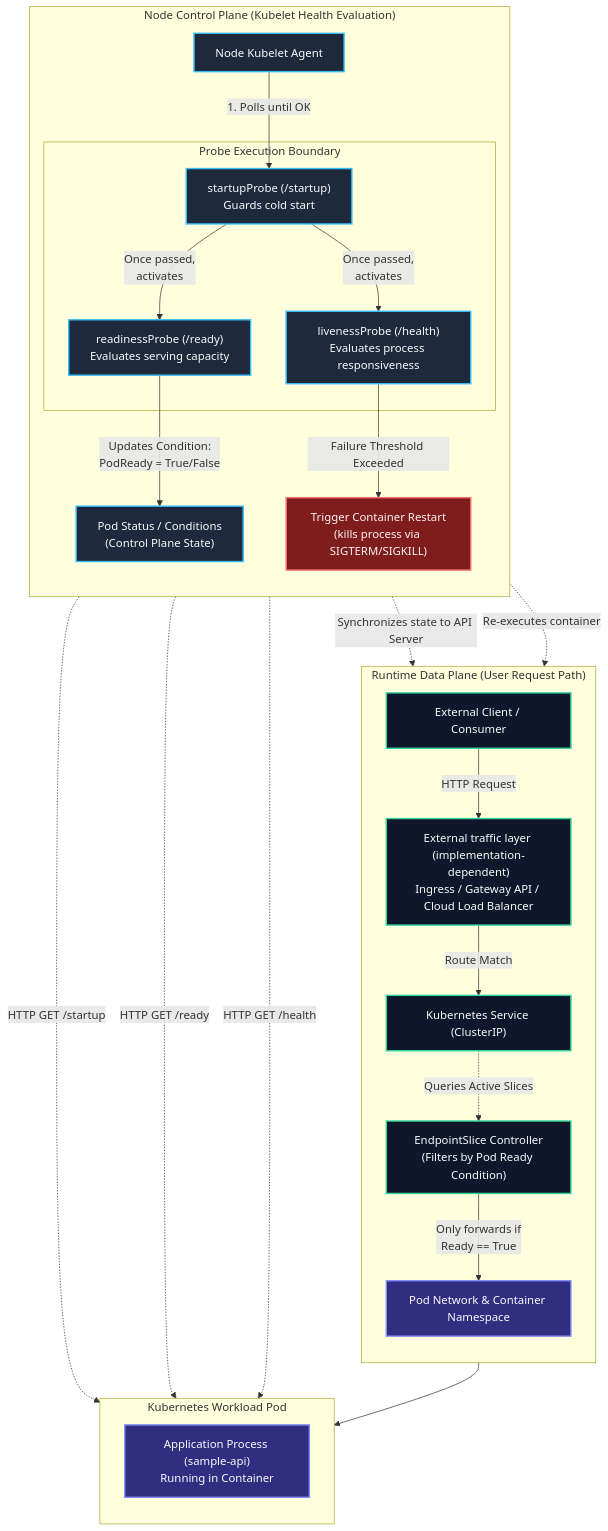
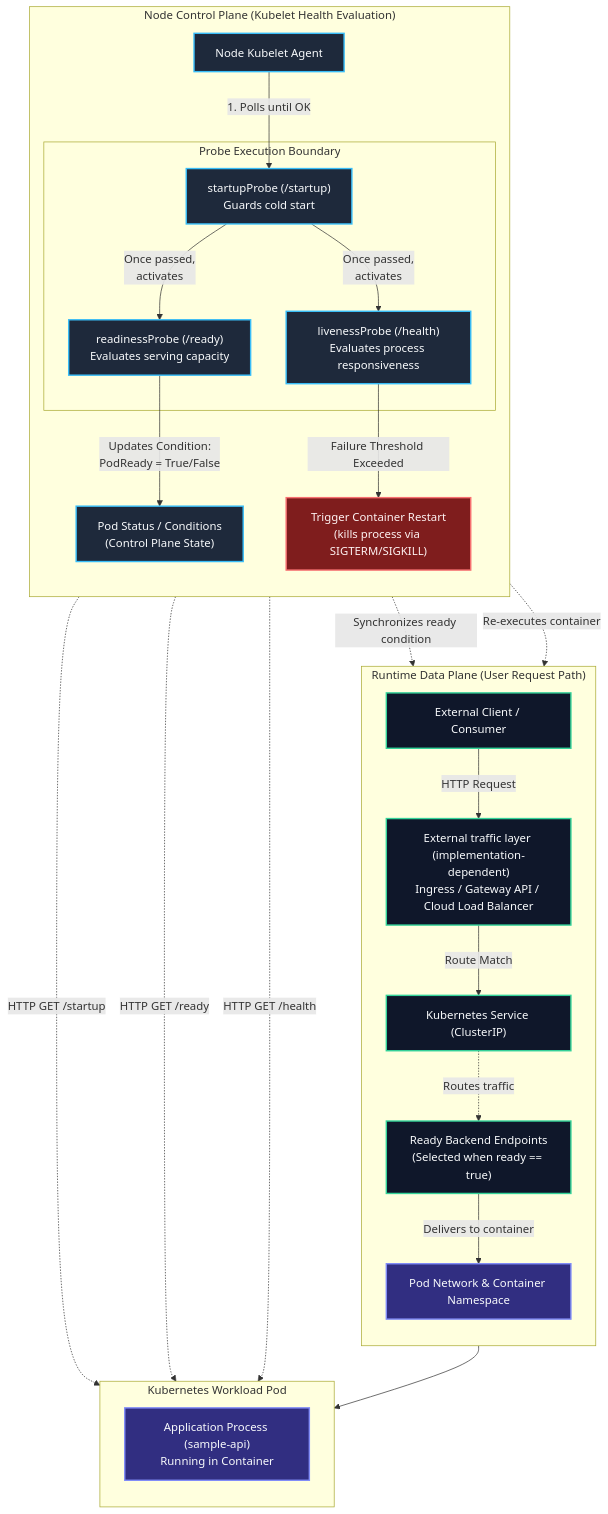
The diagram in architecture/diagrams/workload-health-flow.md (Vaibhav1Jadhav/production-eks-platform), drawn with Mermaid before and after one commit. The commit also changed other lines of this file and 7 other files, not shown here.

````diff
--- a/architecture/diagrams/workload-health-flow.md
+++ b/architecture/diagrams/workload-health-flow.md
@@ -12,59 +15,59 @@
 ```mermaid
 flowchart TD
     subgraph DATA_PLANE["Runtime Data Plane (User Request Path)"]
         direction TB
         Client["External Client / Consumer"]
         Ingress["External traffic layer (implementation-dependent)\nIngress / Gateway API / Cloud Load Balancer"]
         K8sService["Kubernetes Service (ClusterIP)"]
-        EndpointSlice["EndpointSlice Controller\n(Filters by Pod Ready Condition)"]
+        ReadyBackend["Ready Backend Endpoints\n(Selected when ready == true)"]
         
         Client -->|"HTTP Request"| Ingress
         Ingress -->|"Route Match"| K8sService
-        K8sService -.->|"Queries Active Slices"| EndpointSlice
-        EndpointSlice -->|"Only forwards if\nReady == True"| PodContainer
+        K8sService -.->|"Routes traffic"| ReadyBackend
+        ReadyBackend -->|"Delivers to container"| PodContainer
     end
 
     subgraph CONTROL_PLANE["Node Control Plane (Kubelet Health Evaluation)"]
         direction TB
         Kubelet["Node Kubelet Agent"]
-        
+      
         subgraph PROBES["Probe Execution Boundary"]
             Startup["startupProbe (/startup)\nGuards cold start"]
             Readiness["readinessProbe (/ready)\nEvaluates serving capacity"]
             Liveness["livenessProbe (/health)\nEvaluates process responsiveness"]
         end
-        
+      
         Kubelet -->|"1. Polls until OK"| Startup
         Startup -->|"Once passed,\nactivates"| Readiness
         Startup -->|"Once passed,\nactivates"| Liveness
-        
+      
         Readiness -->|"Updates Condition:\nPodReady = True/False"| PodStatus["Pod Status / Conditions\n(Control Plane State)"]
         Liveness -->|"Failure Threshold Exceeded"| RestartAction["Trigger Container Restart\n(kills process via SIGTERM/SIGKILL)"]
     end
 
     subgraph WORKLOAD_POD["Kubernetes Workload Pod"]
         direction TB
         PodContainer["Pod Network & Container Namespace"]
         AppRuntime["Application Process (sample-api)\nRunning in Container"]
-        
+      
         PodContainer --> AppRuntime
-        PodStatus -.->|"Synchronizes state to API Server"| EndpointSlice
+        PodStatus -.->|"Synchronizes ready condition"| ReadyBackend
         RestartAction -.->|"Re-executes container"| PodContainer
     end
 
     %% Probes querying application
     Startup -.->|"HTTP GET /startup"| AppRuntime
     Readiness -.->|"HTTP GET /ready"| AppRuntime
     Liveness -.->|"HTTP GET /health"| AppRuntime
 
     %% Styling
     classDef control fill:#1e293b,stroke:#38bdf8,stroke-width:2px,color:#f8fafc;
     classDef data fill:#0f172a,stroke:#34d399,stroke-width:2px,color:#f8fafc;
     classDef workload fill:#312e81,stroke:#818cf8,stroke-width:2px,color:#f8fafc;
     classDef alert fill:#7f1d1d,stroke:#f87171,stroke-width:2px,color:#fef2f2;
 
     class Kubelet,Startup,Readiness,Liveness,PodStatus control;
-    class Client,Ingress,K8sService,EndpointSlice data;
+    class Client,Ingress,K8sService,ReadyBackend data;
     class PodContainer,AppRuntime workload;
     class RestartAction alert;
 ```
````
